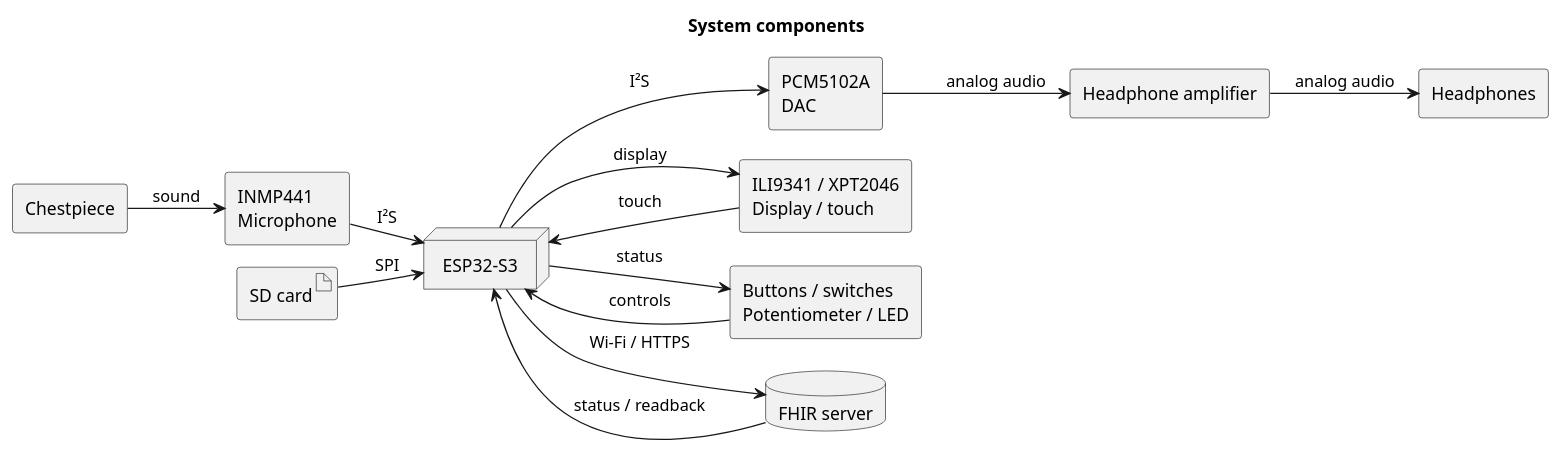
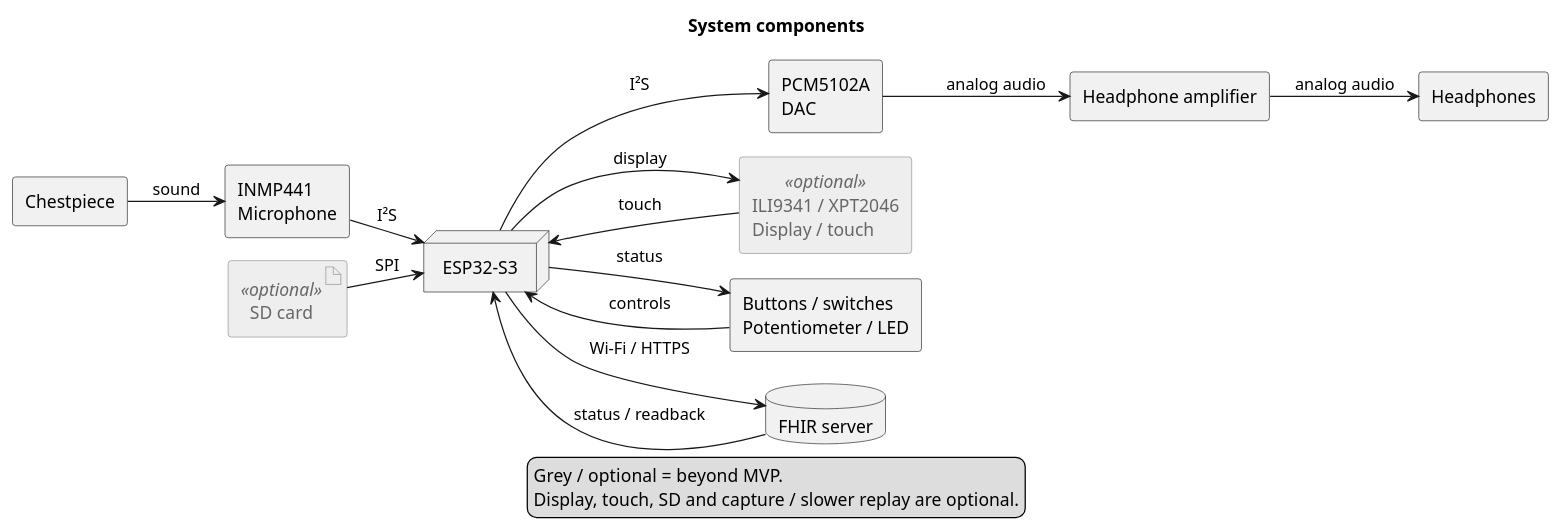
Before and after one commit to DemonicPsychoII/DigitalStethoscope: the diagram in Development/system/architecture/system-components.puml, drawn with PlantUML. The commit also changed 22 other files, not shown here.

First line of the commit message:
Document framework feasibility and distinguish optional MVP extensions

```diff
--- a/Development/system/architecture/system-components.puml
+++ b/Development/system/architecture/system-components.puml
@@ -1,31 +1,44 @@
 @startuml system_components
-' Updated by GPT-6.1-Sol on behalf of Nico running in T3 Code through Codex.
 !pragma layout smetana
 skinparam shadowing false
+skinparam component {
+ BackgroundColor<<optional>> #EEEEEE
+ BorderColor<<optional>> #888888
+ FontColor<<optional>> #666666
+}
+skinparam artifact {
+ BackgroundColor<<optional>> #EEEEEE
+ BorderColor<<optional>> #888888
+ FontColor<<optional>> #666666
+}
 skinparam componentStyle rectangle
 skinparam defaultFontName SansSerif
 title System components
 left to right direction
 component "Chestpiece" as chest
 component "INMP441\nMicrophone" as mic
 node "ESP32-S3" as cpu
 component "PCM5102A\nDAC" as dac
 component "Headphone amplifier" as amp
 component "Headphones" as hp
-component "ILI9341 / XPT2046\nDisplay / touch" as ui
+component "ILI9341 / XPT2046\nDisplay / touch" as ui <<optional>>
 component "Buttons / switches\nPotentiometer / LED" as controls
-artifact "SD card" as sd
+artifact "SD card" as sd <<optional>>
 database "FHIR server" as server
 chest --> mic : sound
 mic --> cpu : I²S
 cpu --> dac : I²S
 dac --> amp : analog audio
 amp --> hp : analog audio
 controls --> cpu : controls
 cpu --> controls : status
 ui --> cpu : touch
 cpu --> ui : display
 sd --> cpu : SPI
 cpu --> server : Wi-Fi / HTTPS
 server --> cpu : status / readback
+legend bottom
+  Grey / optional = beyond MVP.
+  Display, touch, SD and capture / slower replay are optional.
+endlegend
 @enduml
```
